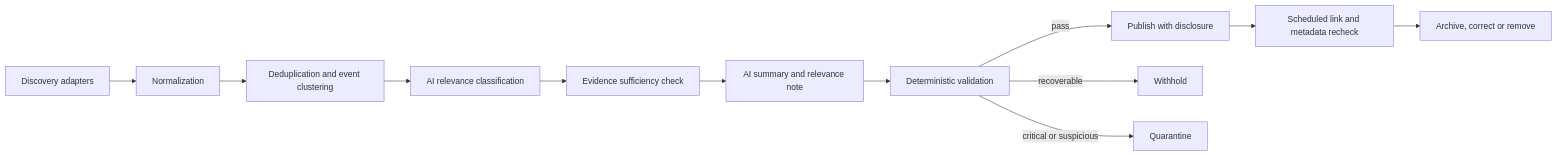
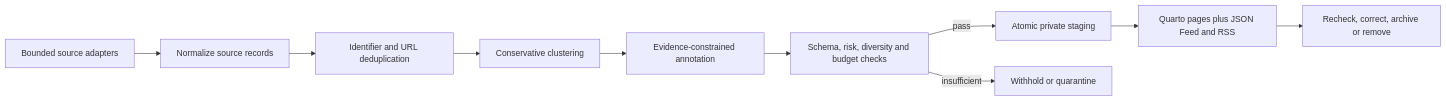
The diagram in docs/architecture.md (Andrewsudmant/CCL-Lab-Website), drawn with Mermaid before and after one commit. The commit also changed other lines of this file and 49 other files, not shown here.

````diff
--- a/docs/architecture.md
+++ b/docs/architecture.md
@@ -15,14 +11,12 @@
 ```mermaid
 flowchart LR
-    A["Discovery adapters"] --> B["Normalization"]
-    B --> C["Deduplication and event clustering"]
-    C --> D["AI relevance classification"]
-    D --> E["Evidence sufficiency check"]
-    E --> F["AI summary and relevance note"]
-    F --> G["Deterministic validation"]
-    G -->|pass| H["Publish with disclosure"]
-    G -->|recoverable| I["Withhold"]
-    G -->|critical or suspicious| J["Quarantine"]
-    H --> K["Scheduled link and metadata recheck"]
-    K --> L["Archive, correct or remove"]
+  A["Bounded source adapters"] --> B["Normalize source records"]
+  B --> C["Identifier and URL deduplication"]
+  C --> D["Conservative clustering"]
+  D --> E["Evidence-constrained annotation"]
+  E --> F["Schema, risk, diversity and budget checks"]
+  F -->|pass| G["Atomic private staging"]
+  F -->|insufficient| H["Withhold or quarantine"]
+  G --> I["Quarto pages plus JSON Feed and RSS"]
+  I --> J["Recheck, correct, archive or remove"]
 ```
````
